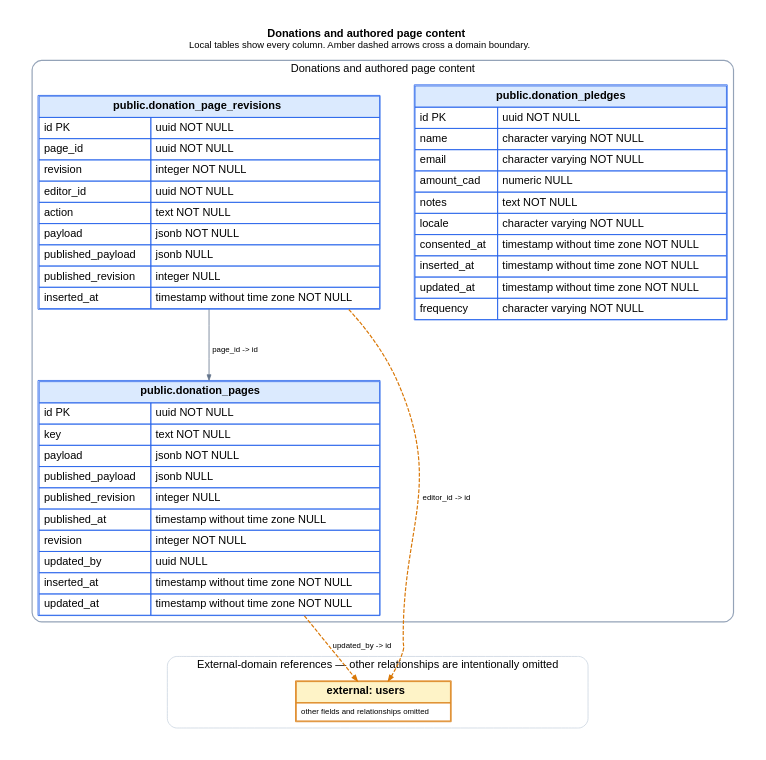
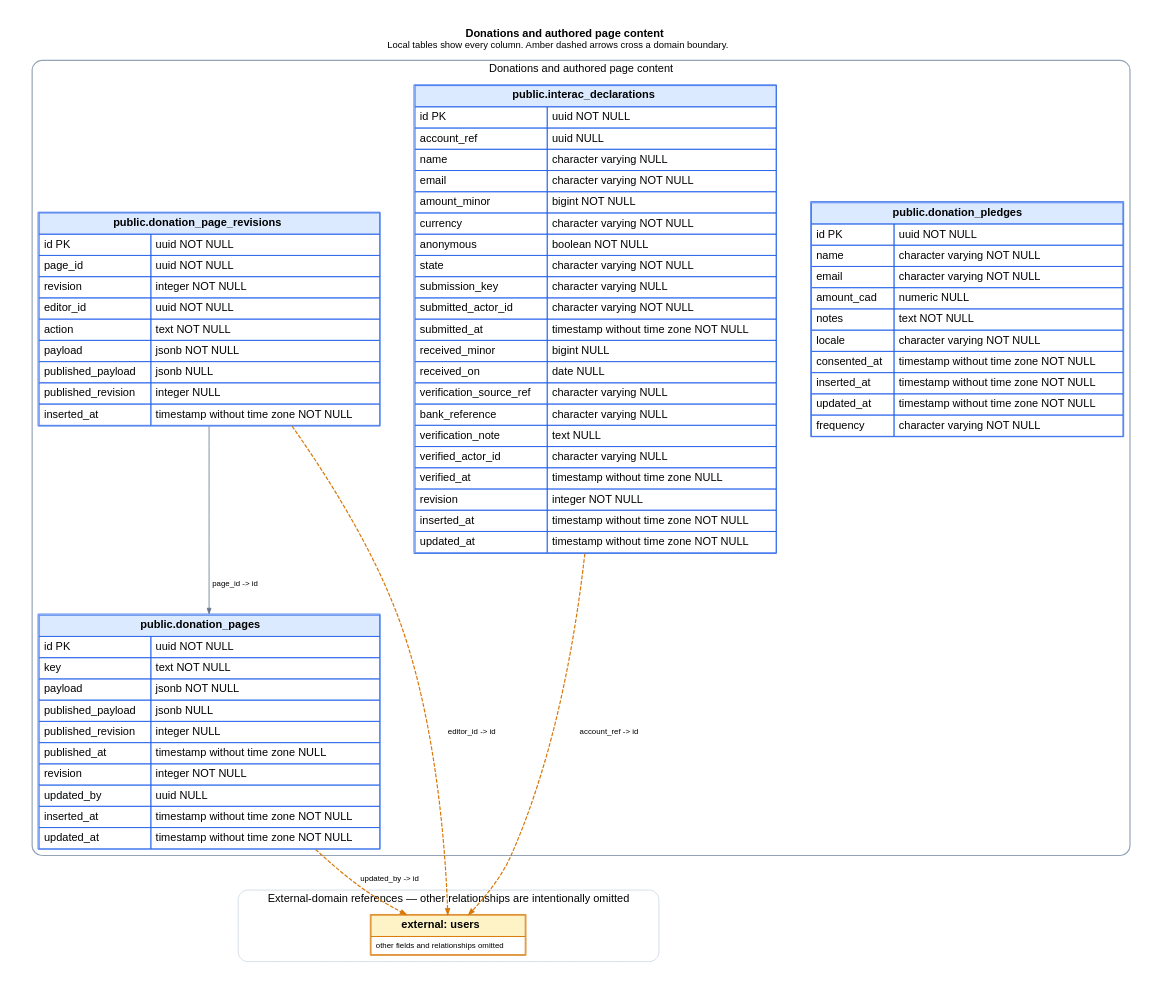
Before and after one commit to ogourment/pauseai.ca-website: the diagram in docs/schema/domains/donations.dot, drawn with Graphviz. The commit also changed 25 other files, not shown here.

Commit message:
Add private Interac declarations and authorized bank matching

```diff
--- a/docs/schema/domains/donations.dot
+++ b/docs/schema/domains/donations.dot
@@ -1,53 +1,61 @@
 digraph donations {
   graph [rankdir=TB, bgcolor="white", pad=0.35, nodesep=0.6, ranksep=0.9, fontname="Helvetica"];
   node [shape=plain, fontname="Helvetica"];
   edge [fontname="Helvetica", fontsize=10, arrowsize=0.7];
   labelloc="t";
   label=< <B>Donations and authored page content</B><BR/><FONT POINT-SIZE="12">Local tables show every column. Amber dashed arrows cross a domain boundary.</FONT> >;
 
   subgraph cluster_local {
     label="Donations and authored page content";
     color="#94a3b8";
     penwidth=1.5;
     style="rounded";
   "donation_pledges" [label=<
     <TABLE BORDER="1" CELLBORDER="1" CELLSPACING="0" CELLPADDING="5" COLOR="#2563eb">
       <TR><TD BGCOLOR="#dbeafe" COLSPAN="2"><B>public.donation_pledges</B></TD></TR>
       <TR><TD ALIGN="LEFT">id PK</TD><TD ALIGN="LEFT">uuid NOT NULL</TD></TR><TR><TD ALIGN="LEFT">name</TD><TD ALIGN="LEFT">character varying NOT NULL</TD></TR><TR><TD ALIGN="LEFT">email</TD><TD ALIGN="LEFT">character varying NOT NULL</TD></TR><TR><TD ALIGN="LEFT">amount_cad</TD><TD ALIGN="LEFT">numeric NULL</TD></TR><TR><TD ALIGN="LEFT">notes</TD><TD ALIGN="LEFT">text NOT NULL</TD></TR><TR><TD ALIGN="LEFT">locale</TD><TD ALIGN="LEFT">character varying NOT NULL</TD></TR><TR><TD ALIGN="LEFT">consented_at</TD><TD ALIGN="LEFT">timestamp without time zone NOT NULL</TD></TR><TR><TD ALIGN="LEFT">inserted_at</TD><TD ALIGN="LEFT">timestamp without time zone NOT NULL</TD></TR><TR><TD ALIGN="LEFT">updated_at</TD><TD ALIGN="LEFT">timestamp without time zone NOT NULL</TD></TR><TR><TD ALIGN="LEFT">frequency</TD><TD ALIGN="LEFT">character varying NOT NULL</TD></TR>
     </TABLE>
   >];
 
   "donation_pages" [label=<
     <TABLE BORDER="1" CELLBORDER="1" CELLSPACING="0" CELLPADDING="5" COLOR="#2563eb">
       <TR><TD BGCOLOR="#dbeafe" COLSPAN="2"><B>public.donation_pages</B></TD></TR>
       <TR><TD ALIGN="LEFT">id PK</TD><TD ALIGN="LEFT">uuid NOT NULL</TD></TR><TR><TD ALIGN="LEFT">key</TD><TD ALIGN="LEFT">text NOT NULL</TD></TR><TR><TD ALIGN="LEFT">payload</TD><TD ALIGN="LEFT">jsonb NOT NULL</TD></TR><TR><TD ALIGN="LEFT">published_payload</TD><TD ALIGN="LEFT">jsonb NULL</TD></TR><TR><TD ALIGN="LEFT">published_revision</TD><TD ALIGN="LEFT">integer NULL</TD></TR><TR><TD ALIGN="LEFT">published_at</TD><TD ALIGN="LEFT">timestamp without time zone NULL</TD></TR><TR><TD ALIGN="LEFT">revision</TD><TD ALIGN="LEFT">integer NOT NULL</TD></TR><TR><TD ALIGN="LEFT">updated_by</TD><TD ALIGN="LEFT">uuid NULL</TD></TR><TR><TD ALIGN="LEFT">inserted_at</TD><TD ALIGN="LEFT">timestamp without time zone NOT NULL</TD></TR><TR><TD ALIGN="LEFT">updated_at</TD><TD ALIGN="LEFT">timestamp without time zone NOT NULL</TD></TR>
     </TABLE>
   >];
 
   "donation_page_revisions" [label=<
     <TABLE BORDER="1" CELLBORDER="1" CELLSPACING="0" CELLPADDING="5" COLOR="#2563eb">
       <TR><TD BGCOLOR="#dbeafe" COLSPAN="2"><B>public.donation_page_revisions</B></TD></TR>
       <TR><TD ALIGN="LEFT">id PK</TD><TD ALIGN="LEFT">uuid NOT NULL</TD></TR><TR><TD ALIGN="LEFT">page_id</TD><TD ALIGN="LEFT">uuid NOT NULL</TD></TR><TR><TD ALIGN="LEFT">revision</TD><TD ALIGN="LEFT">integer NOT NULL</TD></TR><TR><TD ALIGN="LEFT">editor_id</TD><TD ALIGN="LEFT">uuid NOT NULL</TD></TR><TR><TD ALIGN="LEFT">action</TD><TD ALIGN="LEFT">text NOT NULL</TD></TR><TR><TD ALIGN="LEFT">payload</TD><TD ALIGN="LEFT">jsonb NOT NULL</TD></TR><TR><TD ALIGN="LEFT">published_payload</TD><TD ALIGN="LEFT">jsonb NULL</TD></TR><TR><TD ALIGN="LEFT">published_revision</TD><TD ALIGN="LEFT">integer NULL</TD></TR><TR><TD ALIGN="LEFT">inserted_at</TD><TD ALIGN="LEFT">timestamp without time zone NOT NULL</TD></TR>
     </TABLE>
   >];
 
+  "interac_declarations" [label=<
+    <TABLE BORDER="1" CELLBORDER="1" CELLSPACING="0" CELLPADDING="5" COLOR="#2563eb">
+      <TR><TD BGCOLOR="#dbeafe" COLSPAN="2"><B>public.interac_declarations</B></TD></TR>
+      <TR><TD ALIGN="LEFT">id PK</TD><TD ALIGN="LEFT">uuid NOT NULL</TD></TR><TR><TD ALIGN="LEFT">account_ref</TD><TD ALIGN="LEFT">uuid NULL</TD></TR><TR><TD ALIGN="LEFT">name</TD><TD ALIGN="LEFT">character varying NULL</TD></TR><TR><TD ALIGN="LEFT">email</TD><TD ALIGN="LEFT">character varying NOT NULL</TD></TR><TR><TD ALIGN="LEFT">amount_minor</TD><TD ALIGN="LEFT">bigint NOT NULL</TD></TR><TR><TD ALIGN="LEFT">currency</TD><TD ALIGN="LEFT">character varying NOT NULL</TD></TR><TR><TD ALIGN="LEFT">anonymous</TD><TD ALIGN="LEFT">boolean NOT NULL</TD></TR><TR><TD ALIGN="LEFT">state</TD><TD ALIGN="LEFT">character varying NOT NULL</TD></TR><TR><TD ALIGN="LEFT">submission_key</TD><TD ALIGN="LEFT">character varying NULL</TD></TR><TR><TD ALIGN="LEFT">submitted_actor_id</TD><TD ALIGN="LEFT">character varying NOT NULL</TD></TR><TR><TD ALIGN="LEFT">submitted_at</TD><TD ALIGN="LEFT">timestamp without time zone NOT NULL</TD></TR><TR><TD ALIGN="LEFT">received_minor</TD><TD ALIGN="LEFT">bigint NULL</TD></TR><TR><TD ALIGN="LEFT">received_on</TD><TD ALIGN="LEFT">date NULL</TD></TR><TR><TD ALIGN="LEFT">verification_source_ref</TD><TD ALIGN="LEFT">character varying NULL</TD></TR><TR><TD ALIGN="LEFT">bank_reference</TD><TD ALIGN="LEFT">character varying NULL</TD></TR><TR><TD ALIGN="LEFT">verification_note</TD><TD ALIGN="LEFT">text NULL</TD></TR><TR><TD ALIGN="LEFT">verified_actor_id</TD><TD ALIGN="LEFT">character varying NULL</TD></TR><TR><TD ALIGN="LEFT">verified_at</TD><TD ALIGN="LEFT">timestamp without time zone NULL</TD></TR><TR><TD ALIGN="LEFT">revision</TD><TD ALIGN="LEFT">integer NOT NULL</TD></TR><TR><TD ALIGN="LEFT">inserted_at</TD><TD ALIGN="LEFT">timestamp without time zone NOT NULL</TD></TR><TR><TD ALIGN="LEFT">updated_at</TD><TD ALIGN="LEFT">timestamp without time zone NOT NULL</TD></TR>
+    </TABLE>
+  >];
+
   }
 
   subgraph cluster_external {
     label="External-domain references — other relationships are intentionally omitted";
     color="#cbd5e1";
     penwidth=1;
     style="rounded";
   "users" [label=<
     <TABLE BORDER="1" CELLBORDER="1" CELLSPACING="0" CELLPADDING="5" COLOR="#d97706">
       <TR><TD BGCOLOR="#fef3c7"><B>external: users</B></TD></TR>
       <TR><TD><FONT POINT-SIZE="10">other fields and relationships omitted</FONT></TD></TR>
     </TABLE>
   >];
 
   }
 
   "donation_page_revisions" -> "users" [label="editor_id -> id", color="#d97706", style="dashed", penwidth=1.5];
   "donation_page_revisions" -> "donation_pages" [label="page_id -> id", color="#64748b"];
   "donation_pages" -> "users" [label="updated_by -> id", color="#d97706", style="dashed", penwidth=1.5];
+  "interac_declarations" -> "users" [label="account_ref -> id", color="#d97706", style="dashed", penwidth=1.5];
 }
```
